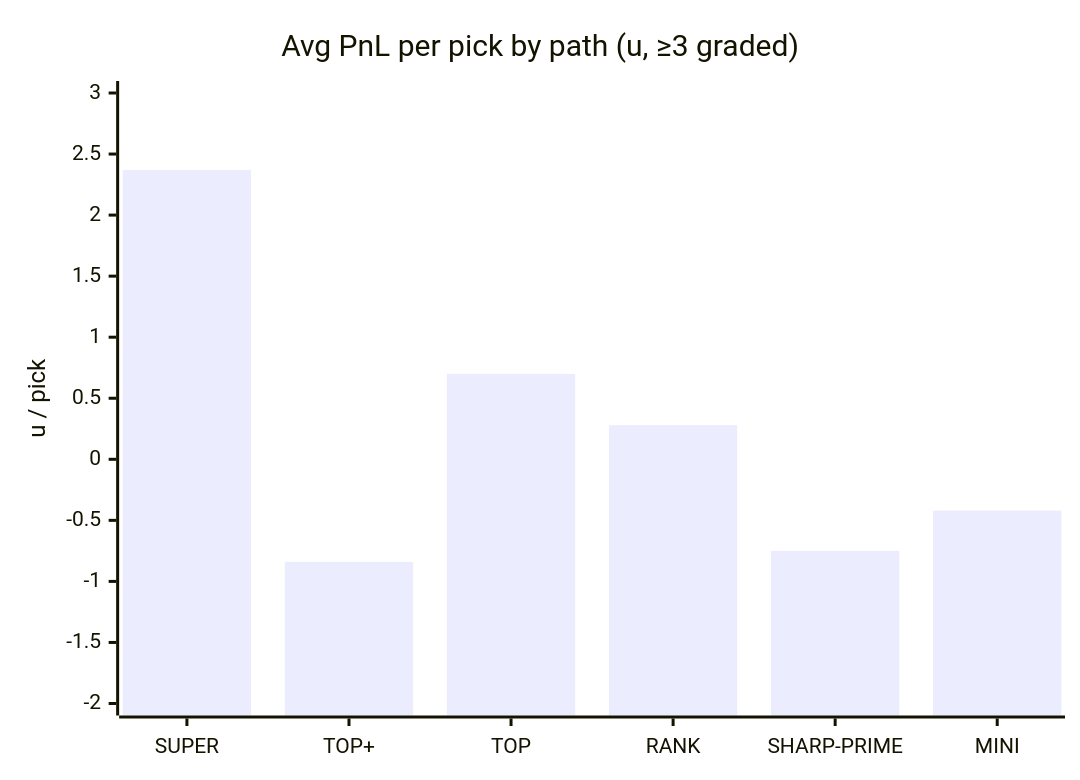
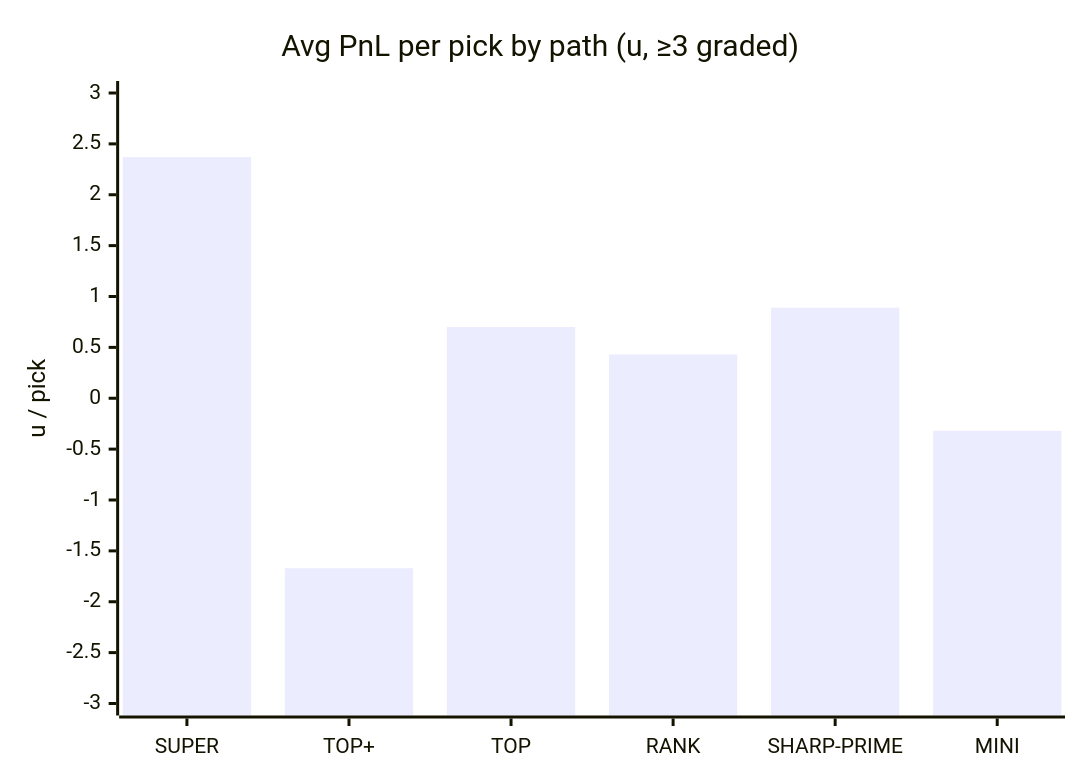
One commit to dpk1212/nhl-savant changed the third of 5 diagrams in DAILY_AGSU_REPORT.md. Above: the diagram before and after it, drawn with Mermaid. The commit also changed other lines of this file, not shown here.

````diff
--- a/DAILY_AGSU_REPORT.md
+++ b/DAILY_AGSU_REPORT.md
@@ -314,7 +317,7 @@
 ```mermaid
 xychart-beta
     title "Avg PnL per pick by path (u, ≥3 graded)"
     x-axis ["SUPER", "TOP+", "TOP", "RANK", "SHARP-PRIME", "MINI"]
-    y-axis "u / pick" -2 --> 3
-    bar [2.37, -0.84, 0.7, 0.28, -0.75, -0.42]
+    y-axis "u / pick" -3 --> 3
+    bar [2.37, -1.67, 0.7, 0.43, 0.89, -0.32]
 ```
````
